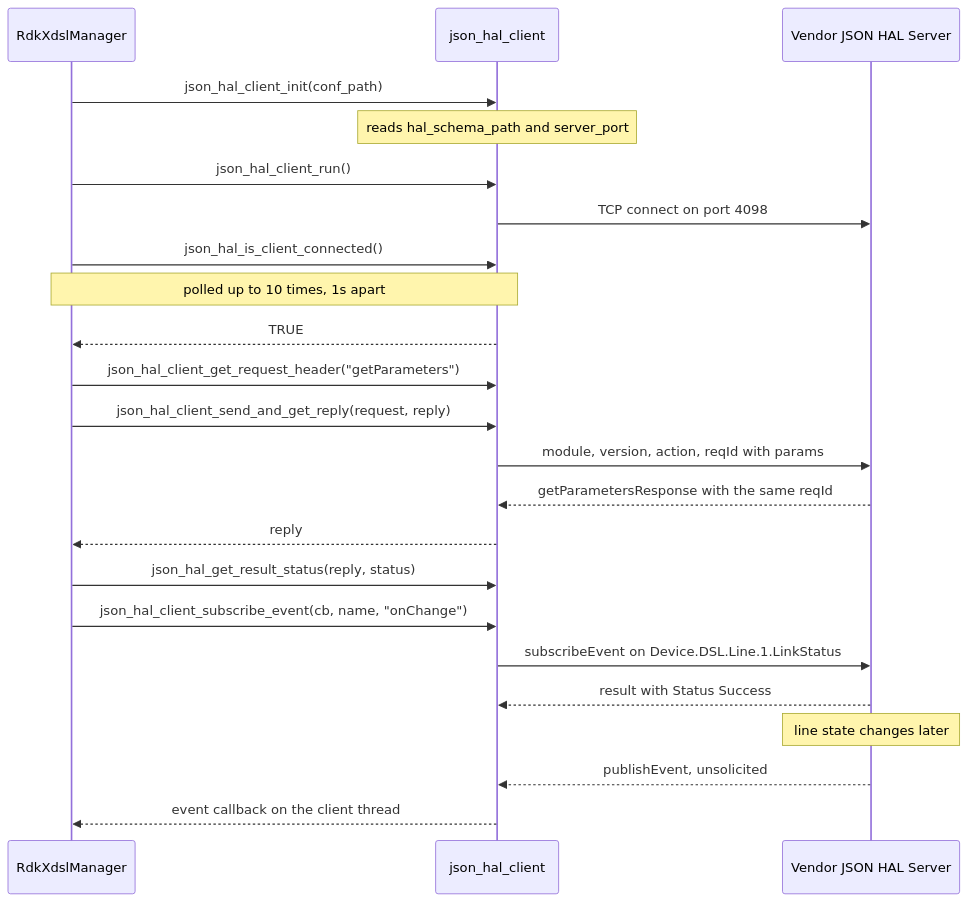
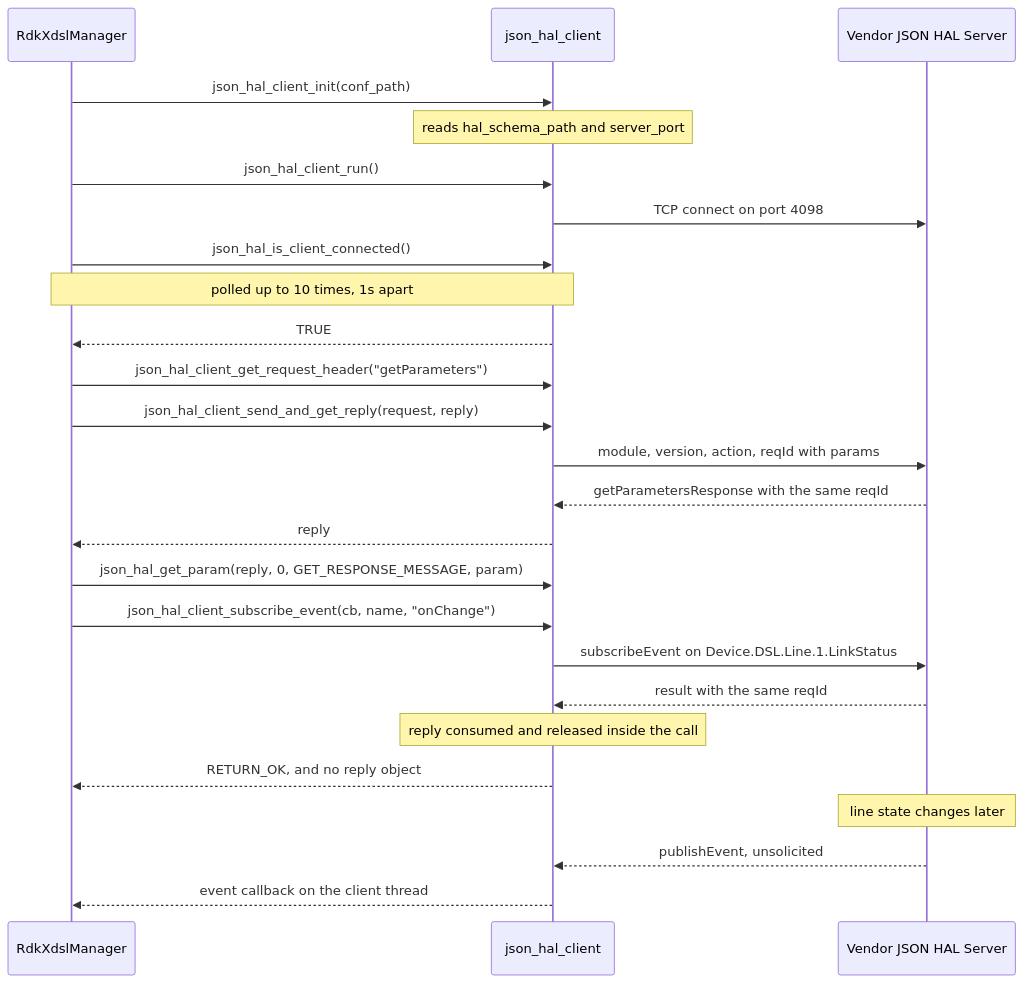
Before and after one commit to Blitzy-Sky/xdsl-manager: the second of 3 diagrams in docs/pages/halSpec.md, drawn with Mermaid. The commit also changed other lines of this file and 9 other files, not shown here.

Commit message:
Add the xDSL JSON HAL interface specification, per-parameter reference and documentation scaffold

````diff
--- a/docs/pages/halSpec.md
+++ b/docs/pages/halSpec.md
@@ -832,25 +1011,27 @@
 ```mermaid
 sequenceDiagram
     participant Mgr as RdkXdslManager
     participant Cli as json_hal_client
     participant Srv as Vendor JSON HAL Server
     Mgr->>Cli: json_hal_client_init(conf_path)
     Note over Cli: reads hal_schema_path and server_port
     Mgr->>Cli: json_hal_client_run()
     Cli->>Srv: TCP connect on port 4098
     Mgr->>Cli: json_hal_is_client_connected()
     Note over Mgr,Cli: polled up to 10 times, 1s apart
     Cli-->>Mgr: TRUE
     Mgr->>Cli: json_hal_client_get_request_header("getParameters")
     Mgr->>Cli: json_hal_client_send_and_get_reply(request, reply)
     Cli->>Srv: module, version, action, reqId with params
     Srv-->>Cli: getParametersResponse with the same reqId
     Cli-->>Mgr: reply
-    Mgr->>Cli: json_hal_get_result_status(reply, status)
+    Mgr->>Cli: json_hal_get_param(reply, 0, GET_RESPONSE_MESSAGE, param)
     Mgr->>Cli: json_hal_client_subscribe_event(cb, name, "onChange")
     Cli->>Srv: subscribeEvent on Device.DSL.Line.1.LinkStatus
-    Srv-->>Cli: result with Status Success
+    Srv-->>Cli: result with the same reqId
+    Note over Cli: reply consumed and released inside the call
+    Cli-->>Mgr: RETURN_OK, and no reply object
     Note over Srv: line state changes later
     Srv-->>Cli: publishEvent, unsolicited
     Cli-->>Mgr: event callback on the client thread
 ```
````
